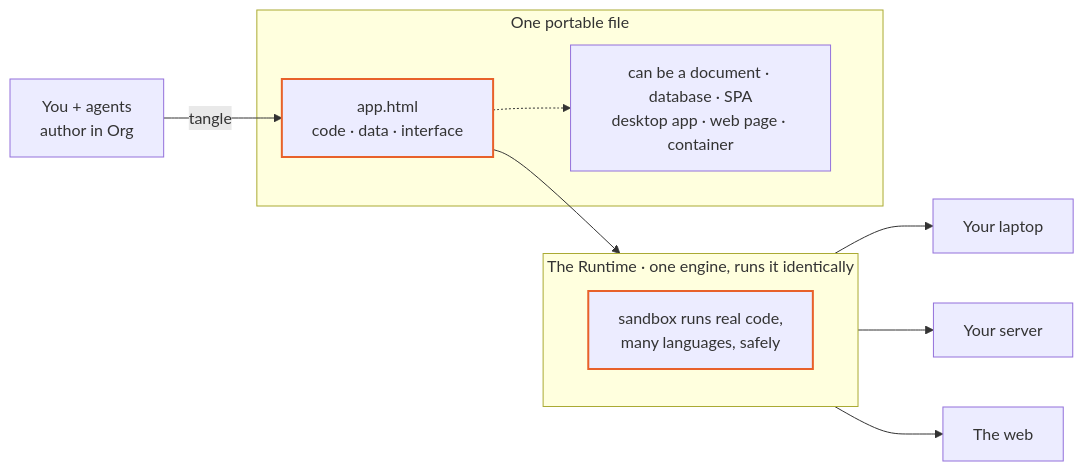
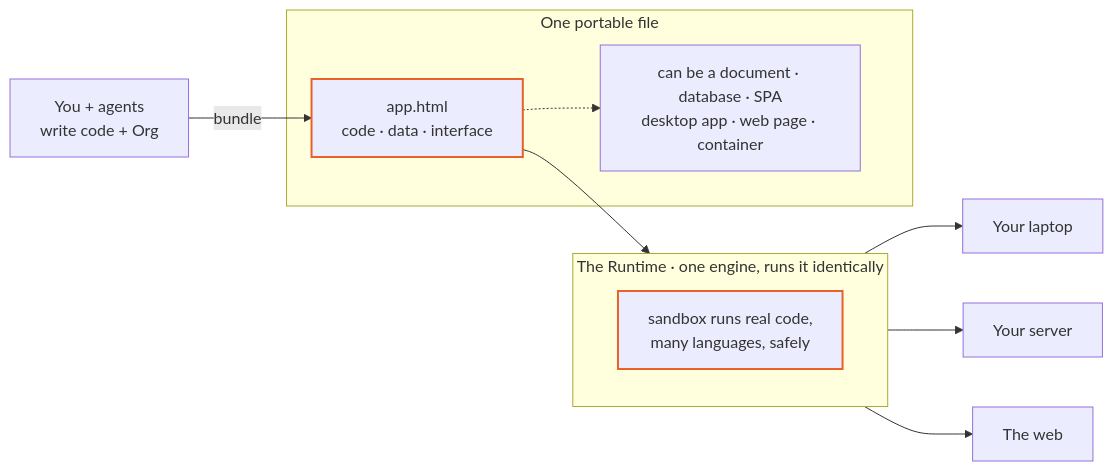
Before and after one commit to workbooks-sh/workbooks.sh: the first of 4 diagrams in README.md, drawn with Mermaid. The commit also changed other lines of this file, not shown here.

Commit message:
docs(readme): clarify authoring — real code + Org connective layer + bundler, not Org-only

````diff
--- a/README.md
+++ b/README.md
@@ -21,23 +21,23 @@
 ```mermaid
 flowchart LR
-    Author["You + agents<br/>author in Org"] -->|tangle| Workbook
+    Author["You + agents<br/>write code + Org"] -->|bundle| Workbook
 
     subgraph One["One portable file"]
         Workbook["app.html<br/>code · data · interface"]
         Forms["can be a document · database · SPA<br/>desktop app · web page · container"]
         Workbook -.-> Forms
     end
 
     Workbook --> Runtime
 
     subgraph Runtime["The Runtime · one engine, runs it identically"]
         Sandbox["sandbox runs real code,<br/>many languages, safely"]
     end
 
     Runtime --> Laptop["Your laptop"]
     Runtime --> Server["Your server"]
     Runtime --> Web["The web"]
 
     classDef hero stroke:#e8612a,stroke-width:2px;
     class Workbook,Sandbox hero;
 ```
````
